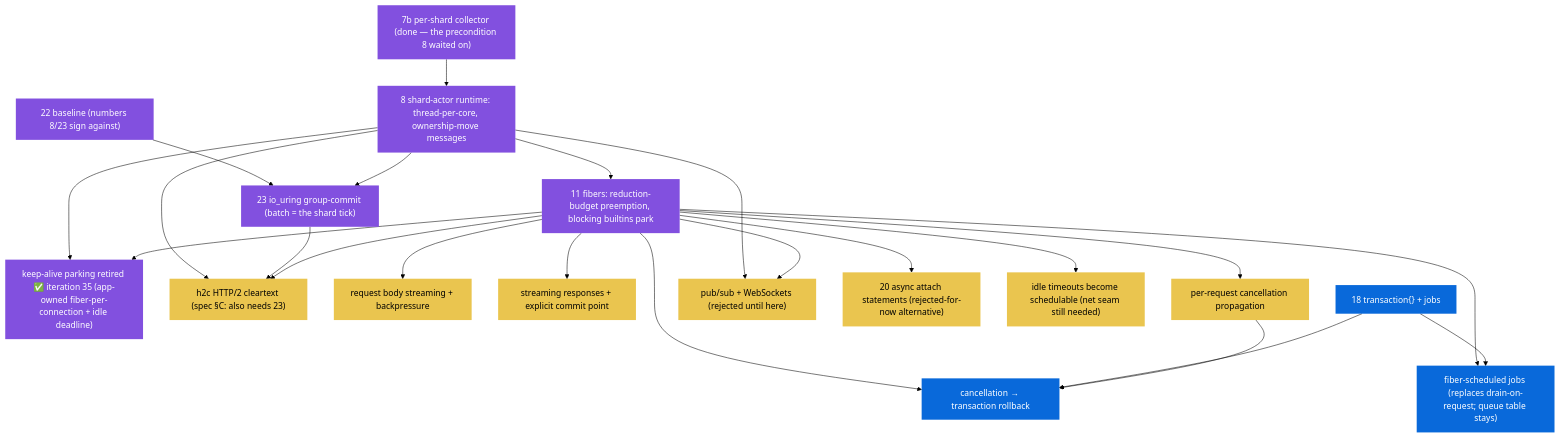
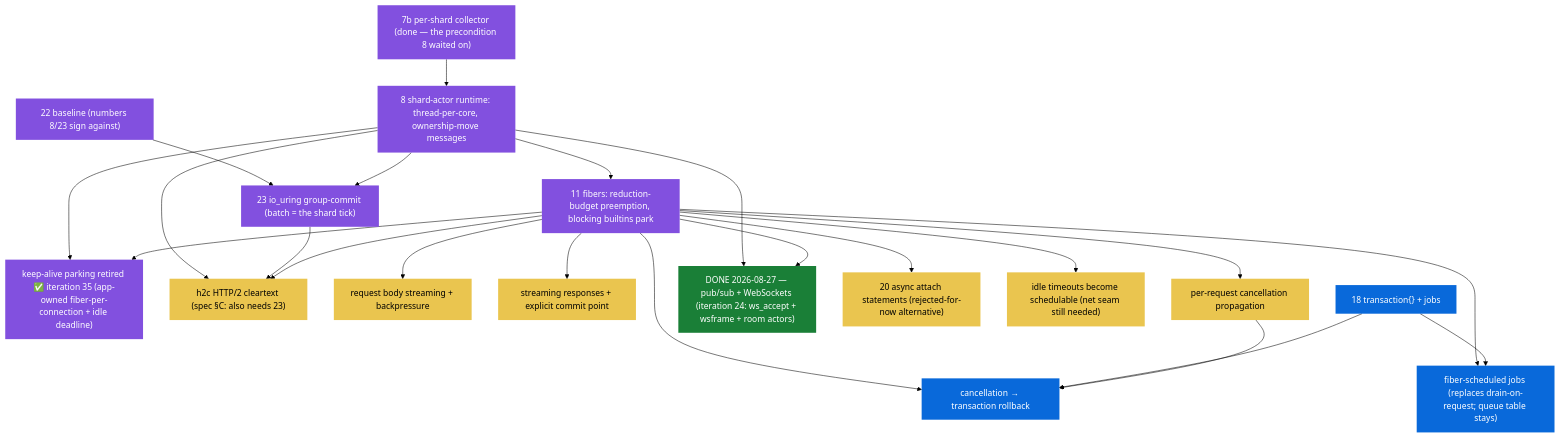
Before and after one commit to shoneyJ/writeonce: the second of 4 diagrams in docs/00-dependency-graph.md, drawn with Mermaid (forest theme). The commit also changed 9 other files, not shown here.

First line of the commit message:
docs(24): T10 closeout — stories done, board, graph, ledger, CODE-LOGIC

````diff
--- a/docs/00-dependency-graph.md
+++ b/docs/00-dependency-graph.md
@@ -126,47 +126,48 @@
 ```mermaid
 flowchart TD
     classDef rt fill:#8250df,color:#fff,stroke:none
     classDef gated fill:#eac54f,color:#000,stroke:none
     classDef v2 fill:#0969da,color:#fff,stroke:none
+    classDef done fill:#1a7f37,color:#fff,stroke:none
 
     I7b2["7b per-shard collector (done — the precondition 8 waited on)"]:::rt
     I8x["8 shard-actor runtime: thread-per-core, ownership-move messages"]:::rt
     I9fx["23 io_uring group-commit (batch = the shard tick)"]:::rt
     I11x["11 fibers: reduction-budget preemption, blocking builtins park"]:::rt
     I9ex["22 baseline (numbers 8/23 sign against)"]:::rt
 
     KEEPAL["keep-alive parking retired ✅ iteration 35 (app-owned fiber-per-connection + idle deadline)"]:::rt
     H2C2["h2c HTTP/2 cleartext (spec §C: also needs 23)"]:::gated
     STREAM2["request body streaming + backpressure"]:::gated
     SRESP2["streaming responses + explicit commit point"]:::gated
     CANCEL2["per-request cancellation propagation"]:::gated
-    PUBSUB2["pub/sub + WebSockets (rejected until here)"]:::gated
+    PUBSUB2["DONE 2026-08-27 — pub/sub + WebSockets (iteration 24: ws_accept + wsframe + room actors)"]:::done
     ASYNC9C["20 async attach statements (rejected-for-now alternative)"]:::gated
     TIMEOUTS2["idle timeouts become schedulable (net seam still needed)"]:::gated
 
     FIBJOBS2["fiber-scheduled jobs (replaces drain-on-request; queue table stays)"]:::v2
     CANCELRB["cancellation → transaction rollback"]:::v2
     I18x["18 transaction{} + jobs"]:::v2
 
     I7b2 --> I8x
     I9ex --> I9fx
     I8x --> I9fx
     I8x --> I11x
     I8x --> KEEPAL
     I11x --> KEEPAL
     I8x --> H2C2
     I9fx --> H2C2
     I11x --> H2C2
     I11x --> STREAM2
     I11x --> SRESP2
     I11x --> CANCEL2
     I8x --> PUBSUB2
     I11x --> PUBSUB2
     I11x --> ASYNC9C
     I11x --> TIMEOUTS2
     I11x --> FIBJOBS2
     I18x --> FIBJOBS2
     I11x --> CANCELRB
     I18x --> CANCELRB
     CANCEL2 --> CANCELRB
 ```
````
